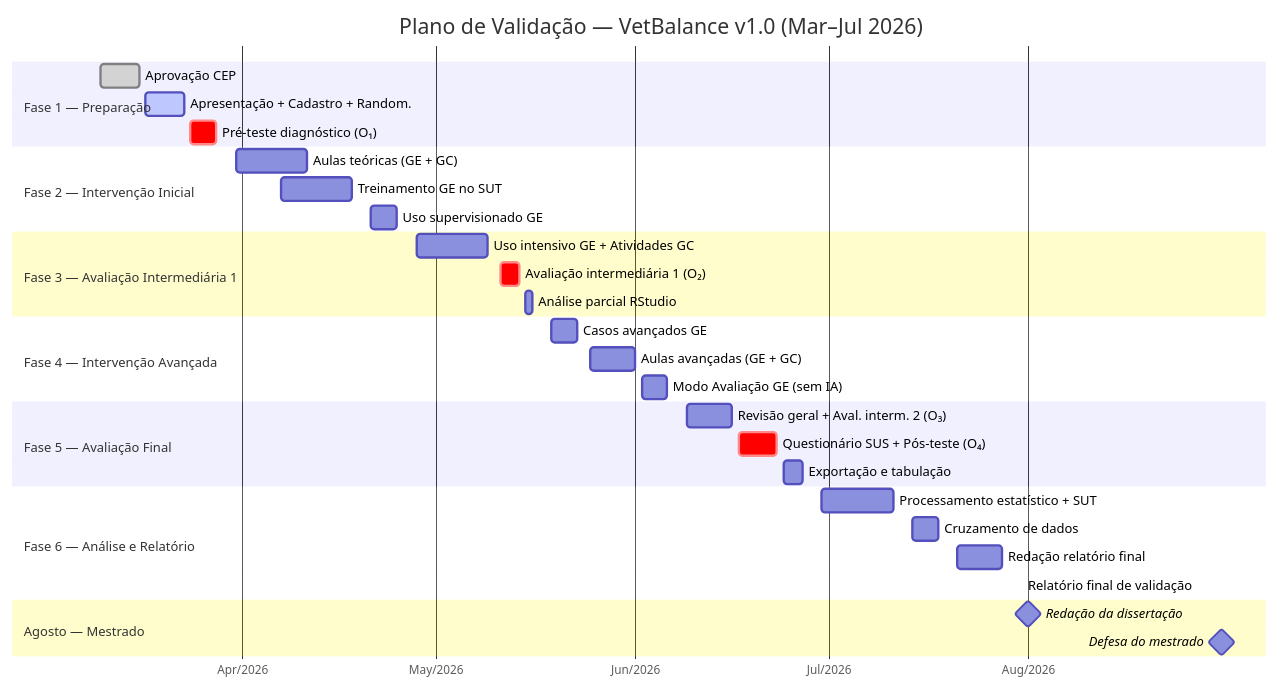
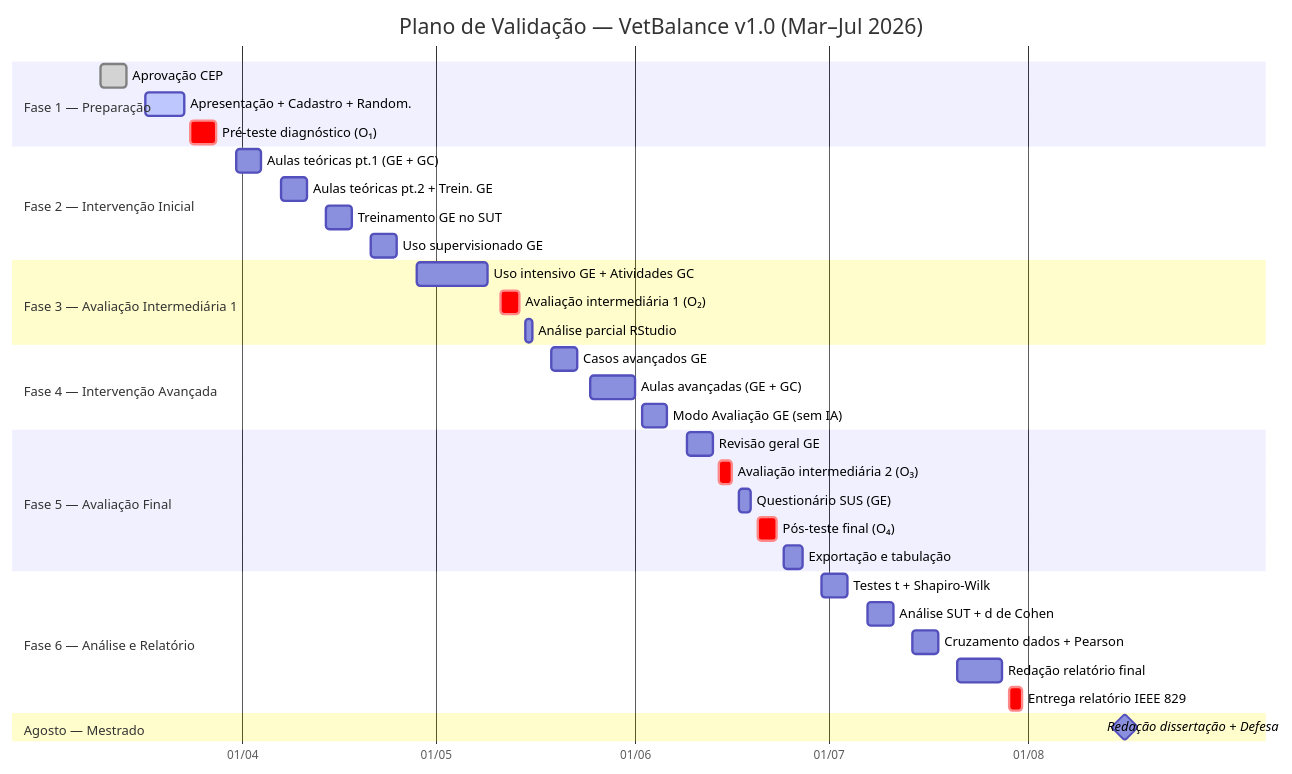
The diagram in CRONOGRAMA_VALIDACAO.md (KyoFaBraL/vet-sim-buddy), drawn with Mermaid before and after one commit. The commit also changed other lines of this file, not shown here.

````diff
--- a/CRONOGRAMA_VALIDACAO.md
+++ b/CRONOGRAMA_VALIDACAO.md
@@ -269,41 +329,44 @@
 ```mermaid
 gantt
     title Plano de Validação — VetBalance v1.0 (Mar–Jul 2026)
     dateFormat  YYYY-MM-DD
-    axisFormat  %b/%Y
+    axisFormat  %d/%m
 
     section Fase 1 — Preparação
-    Aprovação CEP                     :done, f1a, 2026-03-10, 2026-03-16
+    Aprovação CEP                     :done, f1a, 2026-03-10, 2026-03-14
     Apresentação + Cadastro + Random. :active, f1b, 2026-03-17, 2026-03-23
     Pré-teste diagnóstico (O₁)       :crit, f1c, 2026-03-24, 2026-03-28
 
     section Fase 2 — Intervenção Inicial
-    Aulas teóricas (GE + GC)          :f2a, 2026-03-31, 2026-04-11
-    Treinamento GE no SUT             :f2b, 2026-04-07, 2026-04-18
-    Uso supervisionado GE             :f2c, 2026-04-21, 2026-04-25
+    Aulas teóricas pt.1 (GE + GC)    :f2a, 2026-03-31, 2026-04-04
+    Aulas teóricas pt.2 + Trein. GE  :f2b, 2026-04-07, 2026-04-11
+    Treinamento GE no SUT            :f2c, 2026-04-14, 2026-04-18
+    Uso supervisionado GE            :f2d, 2026-04-21, 2026-04-25
 
     section Fase 3 — Avaliação Intermediária 1
-    Uso intensivo GE + Atividades GC  :f3a, 2026-04-28, 2026-05-09
-    Avaliação intermediária 1 (O₂)   :crit, f3b, 2026-05-11, 2026-05-14
-    Análise parcial RStudio           :f3c, 2026-05-15, 2026-05-16
+    Uso intensivo GE + Atividades GC :f3a, 2026-04-28, 2026-05-09
+    Avaliação intermediária 1 (O₂)  :crit, f3b, 2026-05-11, 2026-05-14
+    Análise parcial RStudio          :f3c, 2026-05-15, 2026-05-16
 
     section Fase 4 — Intervenção Avançada
-    Casos avançados GE                :f4a, 2026-05-19, 2026-05-23
-    Aulas avançadas (GE + GC)         :f4b, 2026-05-25, 2026-06-01
-    Modo Avaliação GE (sem IA)        :f4c, 2026-06-02, 2026-06-06
+    Casos avançados GE               :f4a, 2026-05-19, 2026-05-23
+    Aulas avançadas (GE + GC)        :f4b, 2026-05-25, 2026-06-01
+    Modo Avaliação GE (sem IA)       :f4c, 2026-06-02, 2026-06-06
 
     section Fase 5 — Avaliação Final
-    Revisão geral + Aval. interm. 2 (O₃) :f5a, 2026-06-09, 2026-06-16
-    Questionário SUS + Pós-teste (O₄):crit, f5b, 2026-06-17, 2026-06-23
-    Exportação e tabulação            :f5c, 2026-06-24, 2026-06-27
+    Revisão geral GE                 :f5a, 2026-06-09, 2026-06-13
+    Avaliação intermediária 2 (O₃)  :crit, f5b, 2026-06-14, 2026-06-16
+    Questionário SUS (GE)            :f5c, 2026-06-17, 2026-06-19
+    Pós-teste final (O₄)            :crit, f5d, 2026-06-20, 2026-06-23
+    Exportação e tabulação           :f5e, 2026-06-24, 2026-06-27
 
     section Fase 6 — Análise e Relatório
-    Processamento estatístico + SUT   :f6a, 2026-06-30, 2026-07-11
-    Cruzamento de dados               :f6b, 2026-07-14, 2026-07-18
-    Redação relatório final           :f6c, 2026-07-21, 2026-07-28
-    Relatório final de validação      :crit, f6d, 2026-07-31, 2026-07-31
+    Testes t + Shapiro-Wilk          :f6a, 2026-06-30, 2026-07-04
+    Análise SUT + d de Cohen         :f6b, 2026-07-07, 2026-07-11
+    Cruzamento dados + Pearson       :f6c, 2026-07-14, 2026-07-18
+    Redação relatório final          :f6d, 2026-07-21, 2026-07-28
+    Entrega relatório IEEE 829       :crit, f6e, 2026-07-29, 2026-07-31
 
     section Agosto — Mestrado
-    Redação da dissertação            :milestone, m1, 2026-08-01, 2026-08-01
-    Defesa do mestrado                :milestone, m2, 2026-08-31, 2026-08-31
+    Redação dissertação + Defesa     :milestone, m1, 2026-08-01, 2026-08-31
 ```
````
